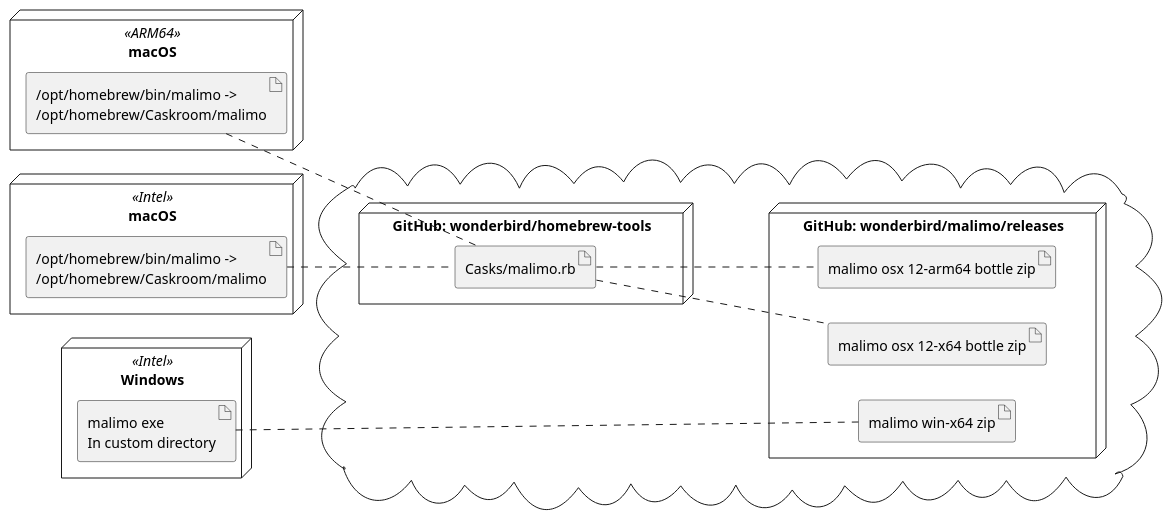
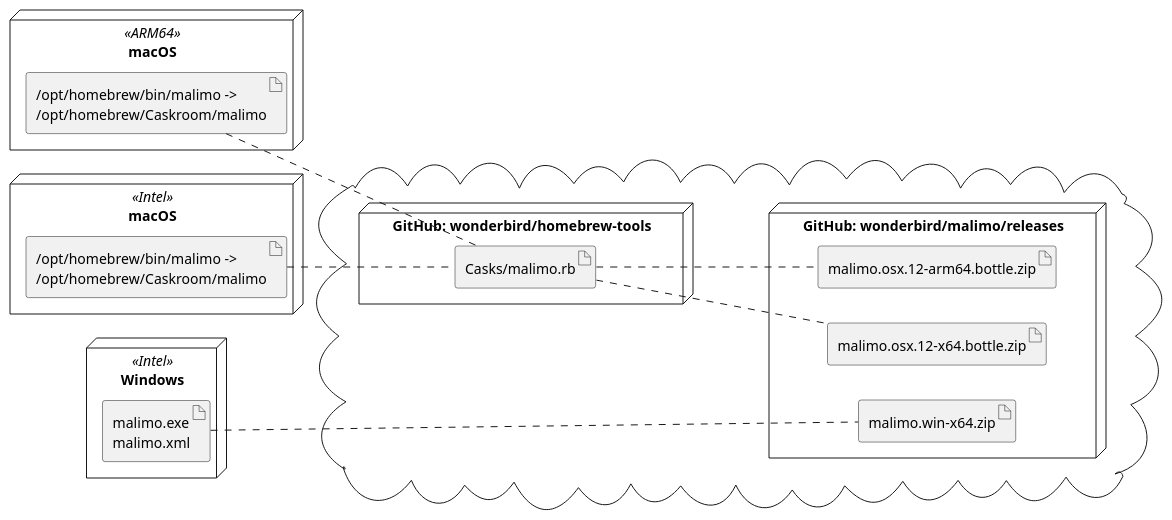
One commit to wonderbird/malimo changed the diagram in docs/plantuml/deployment-view.puml. Above: the diagram before and after it, drawn with PlantUML. The commit also changed 3 other files, not shown here.

Commit message:
docs: composite structure diagram

```diff
--- a/docs/plantuml/deployment-view.puml
+++ b/docs/plantuml/deployment-view.puml
@@ -1,37 +1,39 @@
 @startuml
 left to right direction
+
+set namespaceSeparator none
 
 together {
     node "macOS" <<ARM64>> as armMac {
         artifact "/opt/homebrew/bin/malimo ->\n/opt/homebrew/Caskroom/malimo" as armMalimo
     }
     
     node "macOS" <<Intel>> as intelMac {
         artifact "/opt/homebrew/bin/malimo ->\n/opt/homebrew/Caskroom/malimo" as intelMalimo
     }
     
     node "Windows" <<Intel>> {
-        artifact "malimo exe\nIn custom directory" as winMalimo
+        artifact "malimo.exe\nmalimo.xml" as winMalimo
     }
 }
 
 cloud {
   node "GitHub: wonderbird/malimo/releases" {
-    artifact "malimo osx 12-arm64 bottle zip" as armBottle
-    artifact "malimo osx 12-x64 bottle zip" as intelBottle
-    artifact "malimo win-x64 zip" as winRelease
+    artifact "malimo.osx.12-arm64.bottle.zip" as armBottle
+    artifact "malimo.osx.12-x64.bottle.zip" as intelBottle
+    artifact "malimo.win-x64.zip" as winRelease
   }
   
   node "GitHub: wonderbird/homebrew-tools" {
     artifact "Casks/malimo.rb" as cask
   }
 }
 
 cask .. armBottle
 cask .. intelBottle
 
 armMalimo .. cask
 intelMalimo .. cask
 
 winMalimo .. winRelease
 @enduml
```
